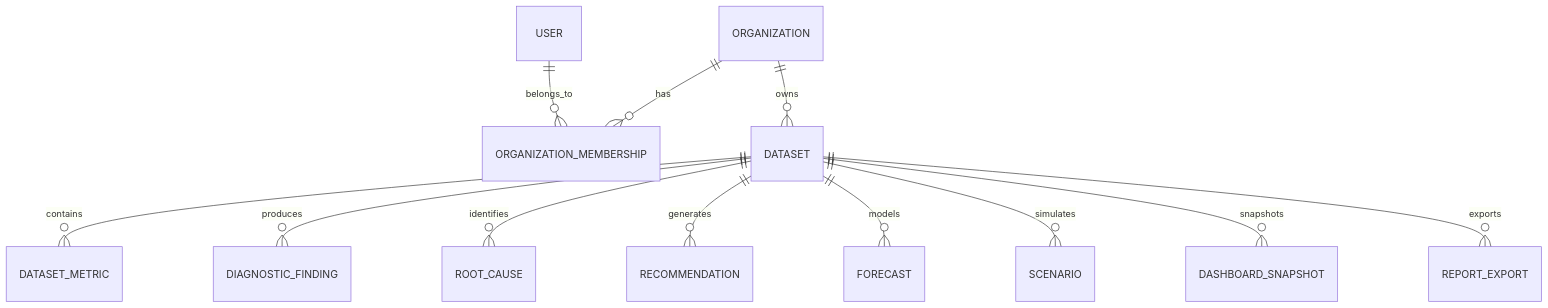
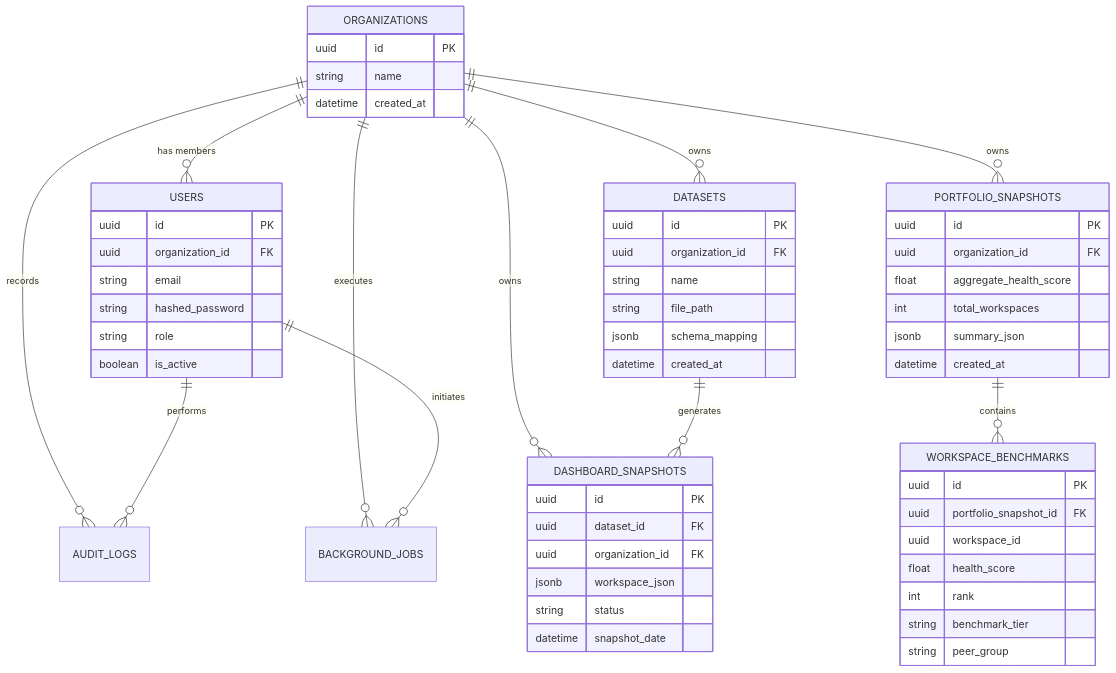
Before and after one commit to Aaditgupta1234/DecisionOS: the second of 2 diagrams in README.md, drawn with Mermaid. The commit also changed other lines of this file, not shown here.

Commit message:
Docs: Update flagship README with Phase 11.0-11.6 Portfolio Intelligence suite and recruiter showcase

````diff
--- a/README.md
+++ b/README.md
@@ -601,14 +351,68 @@
 ```mermaid
 erDiagram
-    ORGANIZATION ||--o{ ORGANIZATION_MEMBERSHIP : has
-    USER ||--o{ ORGANIZATION_MEMBERSHIP : belongs_to
-    ORGANIZATION ||--o{ DATASET : owns
-    DATASET ||--o{ DATASET_METRIC : contains
-    DATASET ||--o{ DIAGNOSTIC_FINDING : produces
-    DATASET ||--o{ ROOT_CAUSE : identifies
-    DATASET ||--o{ RECOMMENDATION : generates
-    DATASET ||--o{ FORECAST : models
-    DATASET ||--o{ SCENARIO : simulates
-    DATASET ||--o{ DASHBOARD_SNAPSHOT : snapshots
-    DATASET ||--o{ REPORT_EXPORT : exports
+    ORGANIZATIONS ||--o{ USERS : "has members"
+    ORGANIZATIONS ||--o{ DATASETS : "owns"
+    ORGANIZATIONS ||--o{ DASHBOARD_SNAPSHOTS : "owns"
+    ORGANIZATIONS ||--o{ PORTFOLIO_SNAPSHOTS : "owns"
+    ORGANIZATIONS ||--o{ AUDIT_LOGS : "records"
+    ORGANIZATIONS ||--o{ BACKGROUND_JOBS : "executes"
+
+    DATASETS ||--o{ DASHBOARD_SNAPSHOTS : "generates"
+
+    PORTFOLIO_SNAPSHOTS ||--o{ WORKSPACE_BENCHMARKS : "contains"
+
+    USERS ||--o{ AUDIT_LOGS : "performs"
+    USERS ||--o{ BACKGROUND_JOBS : "initiates"
+
+    ORGANIZATIONS {
+        uuid id PK
+        string name
+        datetime created_at
+    }
+
+    USERS {
+        uuid id PK
+        uuid organization_id FK
+        string email
+        string hashed_password
+        string role
+        boolean is_active
+    }
+
+    DATASETS {
+        uuid id PK
+        uuid organization_id FK
+        string name
+        string file_path
+        jsonb schema_mapping
+        datetime created_at
+    }
+
+    DASHBOARD_SNAPSHOTS {
+        uuid id PK
+        uuid dataset_id FK
+        uuid organization_id FK
+        jsonb workspace_json
+        string status
+        datetime snapshot_date
+    }
+
+    PORTFOLIO_SNAPSHOTS {
+        uuid id PK
+        uuid organization_id FK
+        float aggregate_health_score
+        int total_workspaces
+        jsonb summary_json
+        datetime created_at
+    }
+
+    WORKSPACE_BENCHMARKS {
+        uuid id PK
+        uuid portfolio_snapshot_id FK
+        uuid workspace_id
+        float health_score
+        int rank
+        string benchmark_tier
+        string peer_group
+    }
 ```
````
